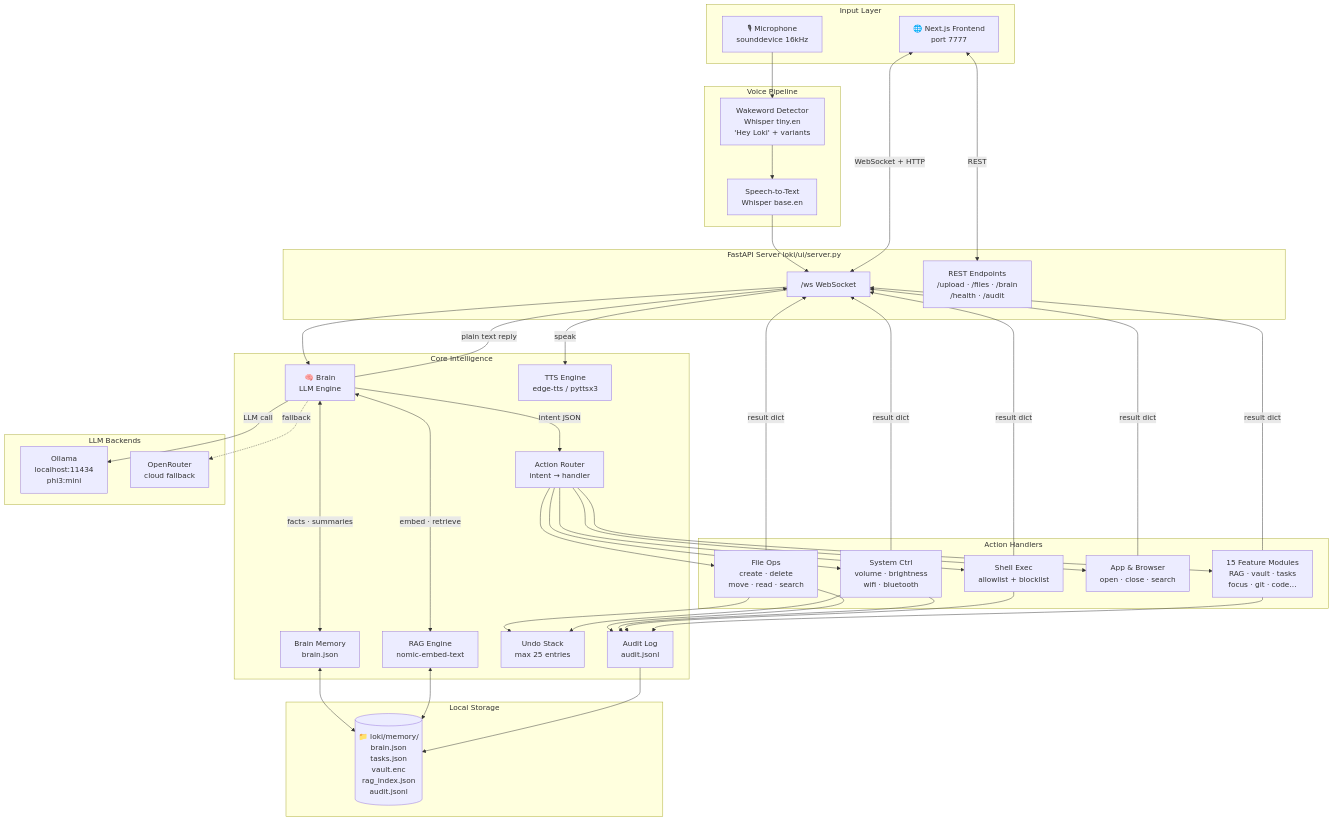
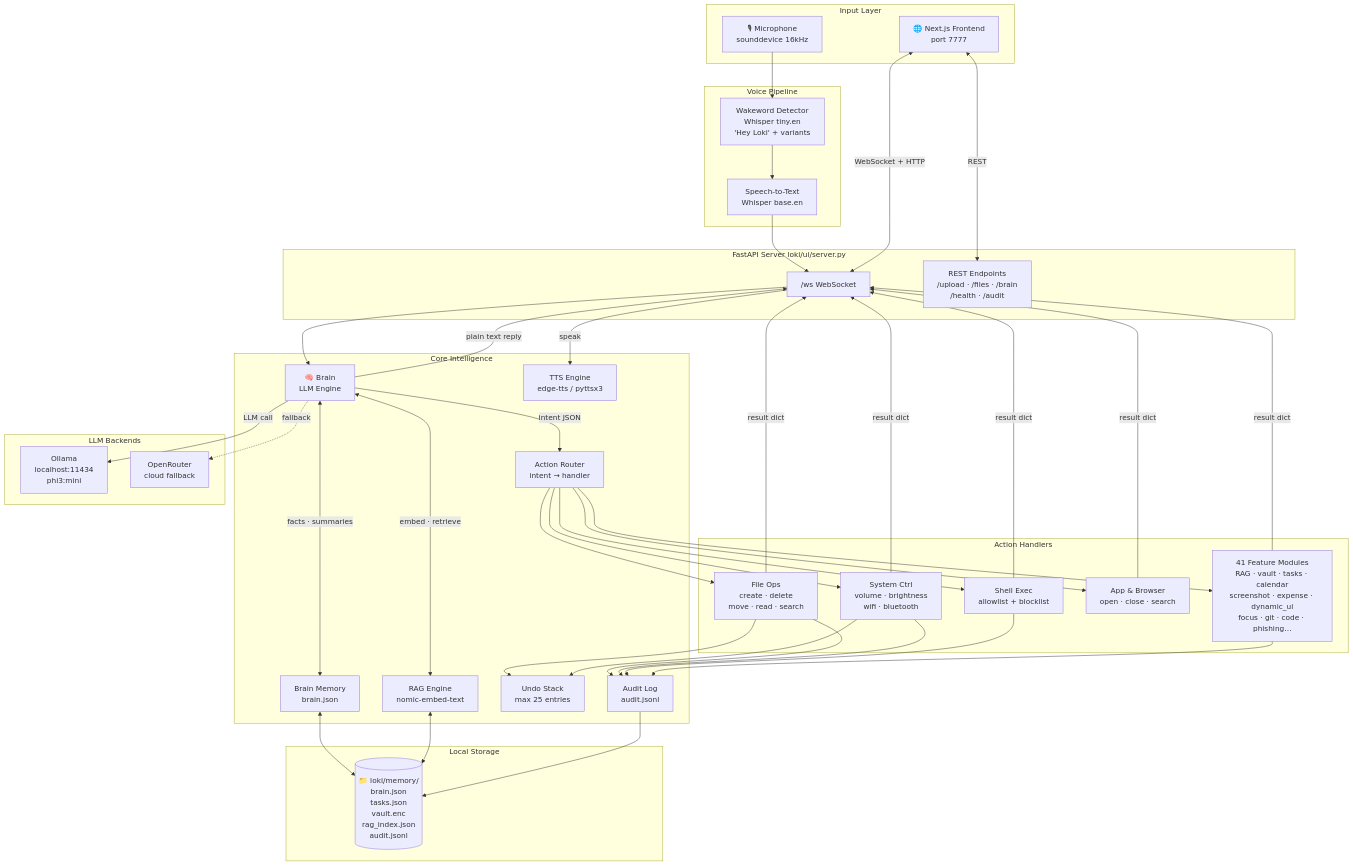
Before and after one commit to PRATHVI9607/LokiAI: the first of 28 diagrams in LokiPRD.md, drawn with Mermaid. The commit also changed other lines of this file and 1 other file, not shown here.

````diff
--- a/LokiPRD.md
+++ b/LokiPRD.md
@@ -95,66 +96,66 @@
 ```mermaid
 graph TD
     subgraph Input["Input Layer"]
         MIC["🎙 Microphone\nsounddevice 16kHz"]
         UI["🌐 Next.js Frontend\nport 7777"]
     end
 
     subgraph Voice["Voice Pipeline"]
         WW["Wakeword Detector\nWhisper tiny.en\n'Hey Loki' + variants"]
         STT["Speech-to-Text\nWhisper base.en"]
     end
 
     subgraph Server["FastAPI Server  loki/ui/server.py"]
         WS["/ws  WebSocket"]
         REST["REST Endpoints\n/upload · /files · /brain\n/health · /audit"]
     end
 
     subgraph Core["Core Intelligence"]
         BRAIN["🧠 Brain\nLLM Engine"]
         AR["Action Router\nintent → handler"]
         MEM["Brain Memory\nbrain.json"]
         RAG["RAG Engine\nnomic-embed-text"]
         TTS["TTS Engine\nedge-tts / pyttsx3"]
         UNDO["Undo Stack\nmax 25 entries"]
         AUDIT["Audit Log\naudit.jsonl"]
     end
 
     subgraph LLM["LLM Backends"]
         OL["Ollama\nlocalhost:11434\nphi3:mini"]
         OR["OpenRouter\ncloud fallback"]
     end
 
     subgraph Handlers["Action Handlers"]
         FO["File Ops\ncreate · delete\nmove · read · search"]
         SC["System Ctrl\nvolume · brightness\nwifi · bluetooth"]
         SH["Shell Exec\nallowlist + blocklist"]
         AC["App & Browser\nopen · close · search"]
-        FT["15 Feature Modules\nRAG · vault · tasks\nfocus · git · code…"]
+        FT["41 Feature Modules\nRAG · vault · tasks · calendar\nscreenshot · expense · dynamic_ui\nfocus · git · code · phishing…"]
     end
 
     subgraph Storage["Local Storage"]
         DISK[("📁 loki/memory/\nbrain.json\ntasks.json\nvault.enc\nrag_index.json\naudit.jsonl")]
     end
 
     MIC --> WW --> STT --> WS
     UI <-->|"WebSocket + HTTP"| WS
     UI <-->|"REST"| REST
 
     WS --> BRAIN
     BRAIN <-->|"facts · summaries"| MEM
     BRAIN <-->|"embed · retrieve"| RAG
     BRAIN -->|"intent JSON"| AR
     BRAIN -->|"plain text reply"| WS
     BRAIN -->|"LLM call"| OL
     BRAIN -.->|"fallback"| OR
 
     AR --> FO & SC & SH & AC & FT
     FO & SC & SH & AC & FT -->|"result dict"| WS
     FO & SC --> UNDO
     FO & SC & SH & FT --> AUDIT
 
     WS -->|"speak"| TTS
     MEM <--> DISK
     RAG <--> DISK
     AUDIT --> DISK
 ```
````
